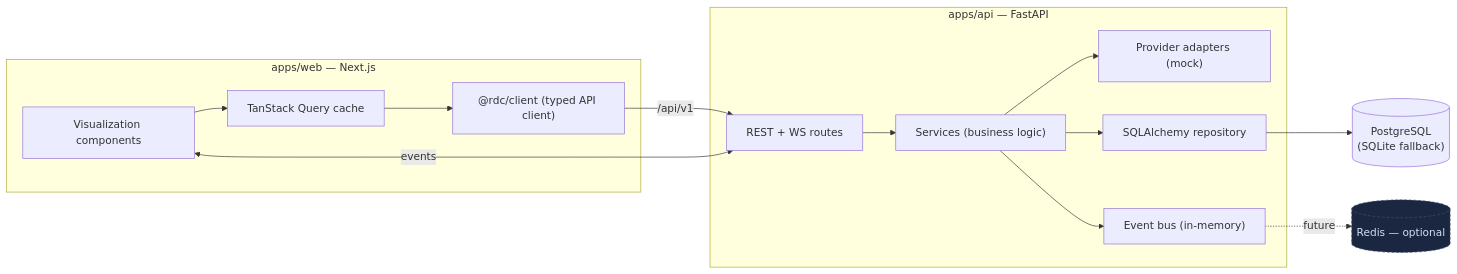
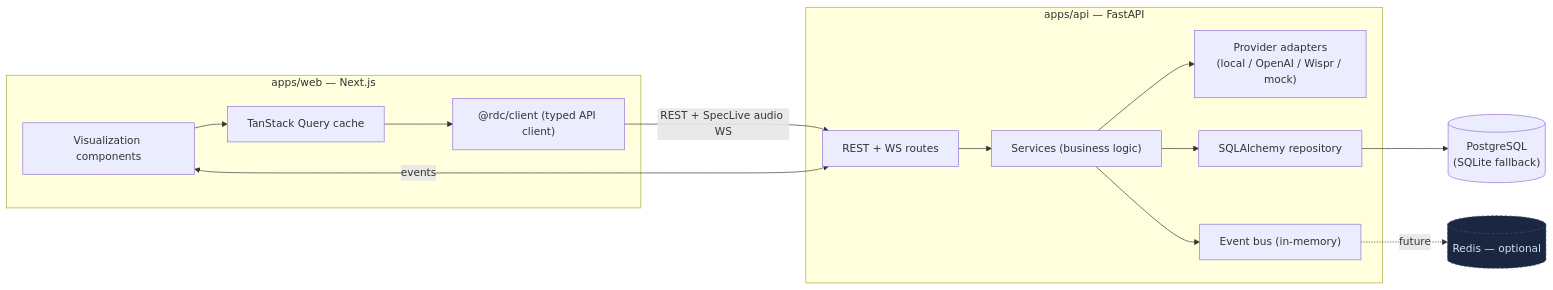
The second of 6 diagrams in docs/architecture/README.md (ryan-a-bell/SpecLive), drawn with Mermaid before and after one commit. The commit also changed other lines of this file and 40 other files, not shown here.

Commit message:
feat: add provider-neutral live transcription

````diff
--- a/docs/architecture/README.md
+++ b/docs/architecture/README.md
@@ -37,27 +39,27 @@
 ```mermaid
 flowchart LR
     subgraph web["apps/web — Next.js"]
       components["Visualization components"]
       client["@rdc/client (typed API client)"]
       query["TanStack Query cache"]
     end
     subgraph api["apps/api — FastAPI"]
       routes["REST + WS routes"]
       services["Services (business logic)"]
-      providers["Provider adapters (mock)"]
+      providers["Provider adapters<br/>(local / OpenAI / Wispr / mock)"]
       bus["Event bus (in-memory)"]
       repo["SQLAlchemy repository"]
     end
     db[("PostgreSQL<br/>(SQLite fallback)")]
     redis[("Redis — optional")]:::opt
 
-    components --> query --> client -->|/api/v1| routes
+    components --> query --> client -->|REST + SpecLive audio WS| routes
     components <-->|events| routes
     routes --> services
     services --> repo --> db
     services --> providers
     services --> bus
     bus -.->|future| redis
 
     classDef opt fill:#1b2740,stroke:#3a5279,color:#cfe0f5,stroke-dasharray:4 3;
 ```
````
